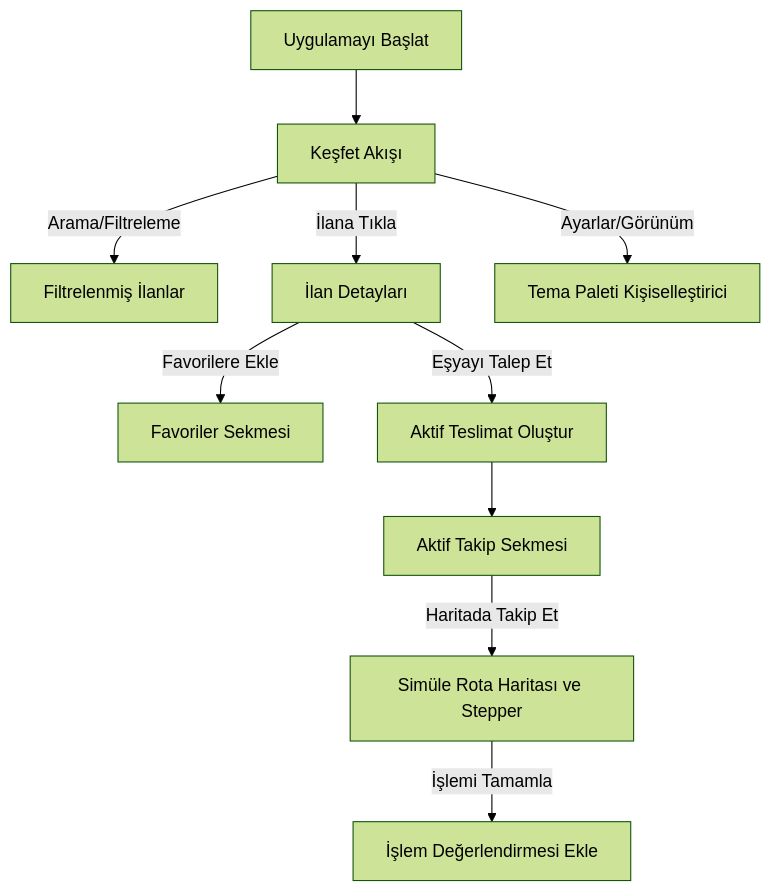
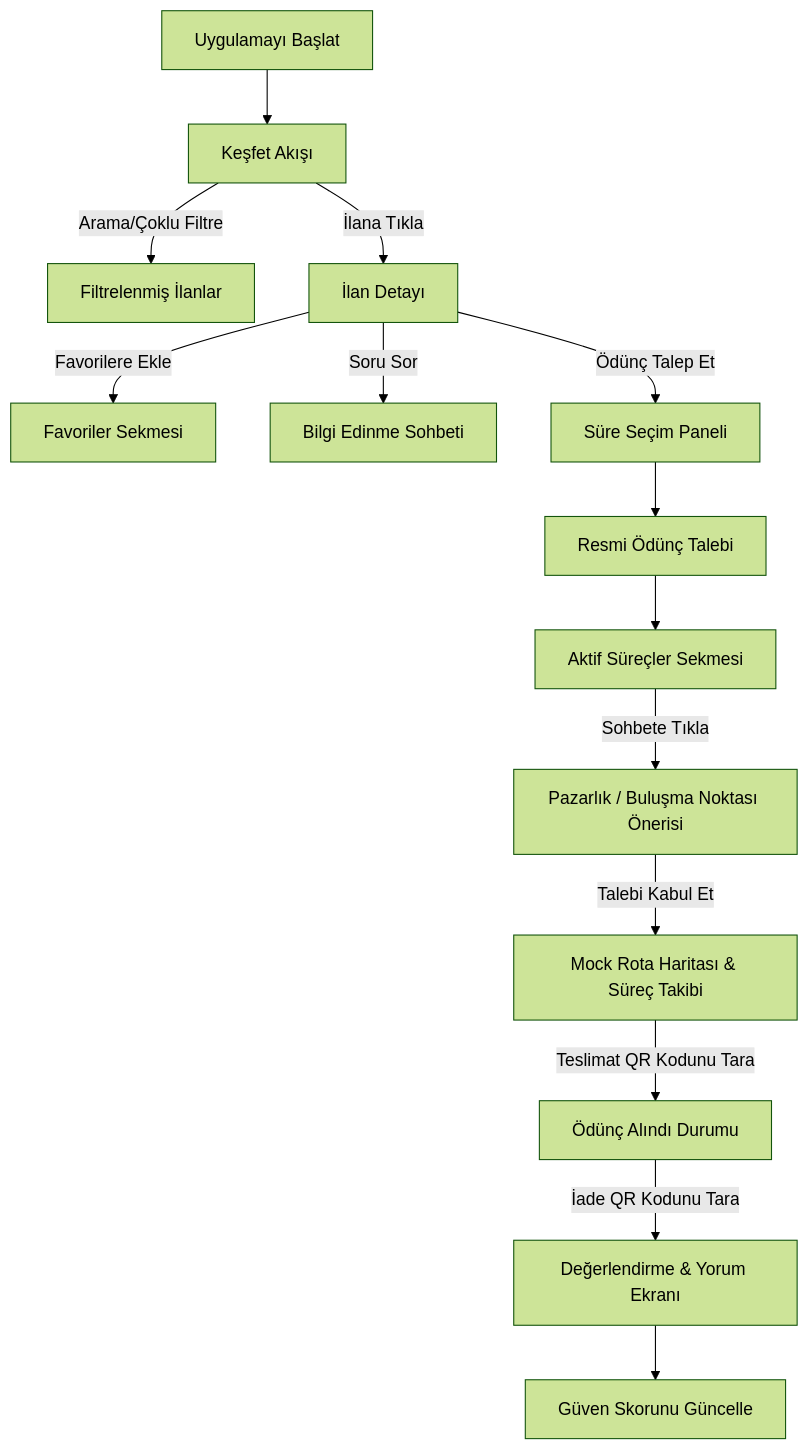
One commit to ahmeteminoz/Emanetly changed the diagram in README_TR.md. Above: the diagram before and after it, drawn with Mermaid (forest theme). The commit also changed other lines of this file and 7 other files, not shown here.

Commit message:
Introduce PublicProfileScreen, link owner profile navigation, clean up legacy branding, and update README/Roadmap

````diff
--- a/README_TR.md
+++ b/README_TR.md
@@ -63,12 +87,16 @@
 ```mermaid
 graph TD
     A[Uygulamayı Başlat] --> B[Keşfet Akışı]
-    B -->|Arama/Filtreleme| C[Filtrelenmiş İlanlar]
-    B -->|İlana Tıkla| D[İlan Detayları]
+    B -->|Arama/Çoklu Filtre| C[Filtrelenmiş İlanlar]
+    B -->|İlana Tıkla| D[İlan Detayı]
     D -->|Favorilere Ekle| E[Favoriler Sekmesi]
-    D -->|Eşyayı Talep Et| F[Aktif Teslimat Oluştur]
-    F --> G[Aktif Takip Sekmesi]
-    G -->|Haritada Takip Et| H[Simüle Rota Haritası ve Stepper]
-    H -->|İşlemi Tamamla| I[İşlem Değerlendirmesi Ekle]
-    B -->|Ayarlar/Görünüm| J[Tema Paleti Kişiselleştirici]
+    D -->|Soru Sor| F[Bilgi Edinme Sohbeti]
+    D -->|Ödünç Talep Et| G[Süre Seçim Paneli]
+    G --> H[Resmi Ödünç Talebi]
+    H --> I[Aktif Süreçler Sekmesi]
+    I -->|Sohbete Tıkla| J[Pazarlık / Buluşma Noktası Önerisi]
+    J -->|Talebi Kabul Et| K[Mock Rota Haritası & Süreç Takibi]
+    K -->|Teslimat QR Kodunu Tara| L[Ödünç Alındı Durumu]
+    L -->|İade QR Kodunu Tara| M[Değerlendirme & Yorum Ekranı]
+    M --> N[Güven Skorunu Güncelle]
 ```
````
